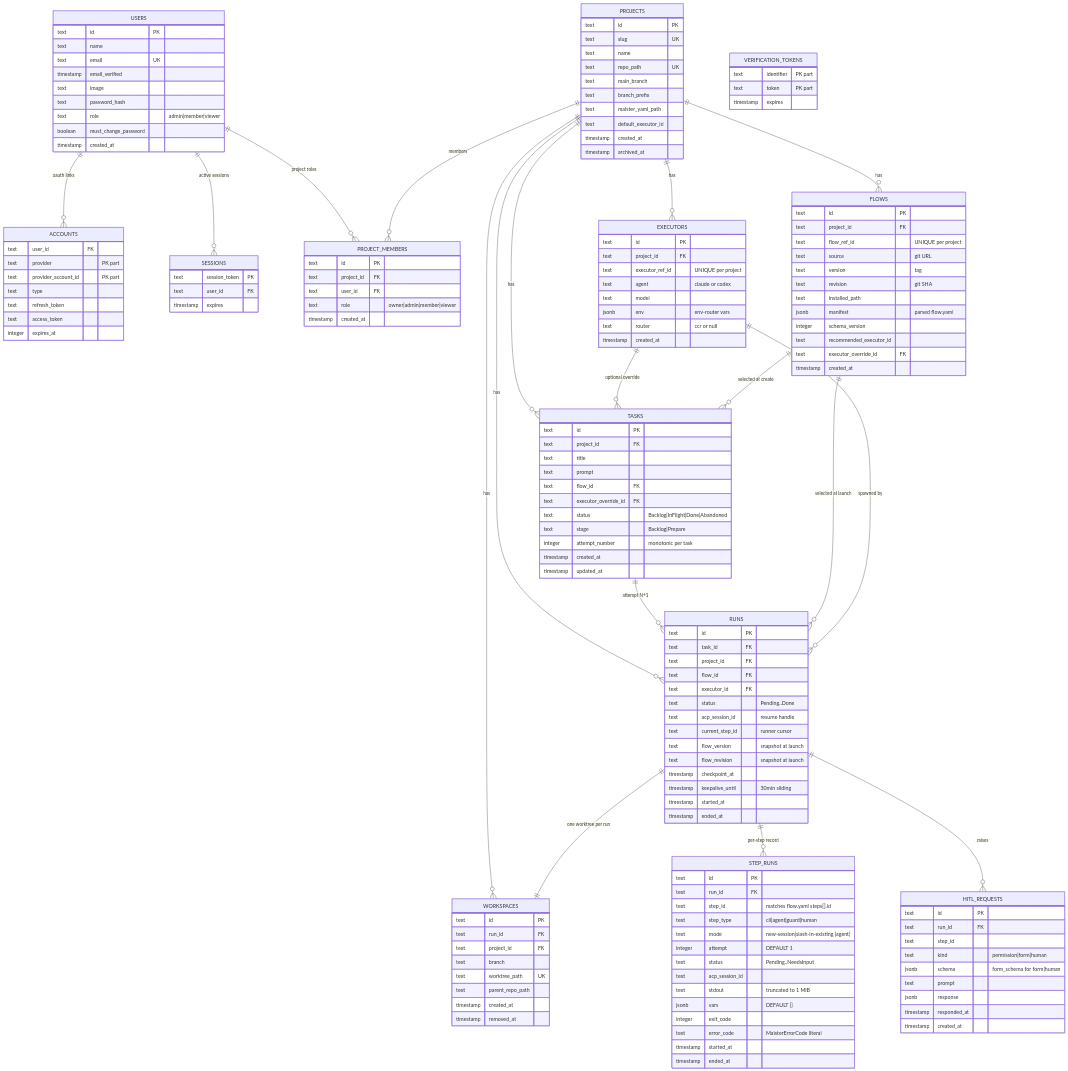
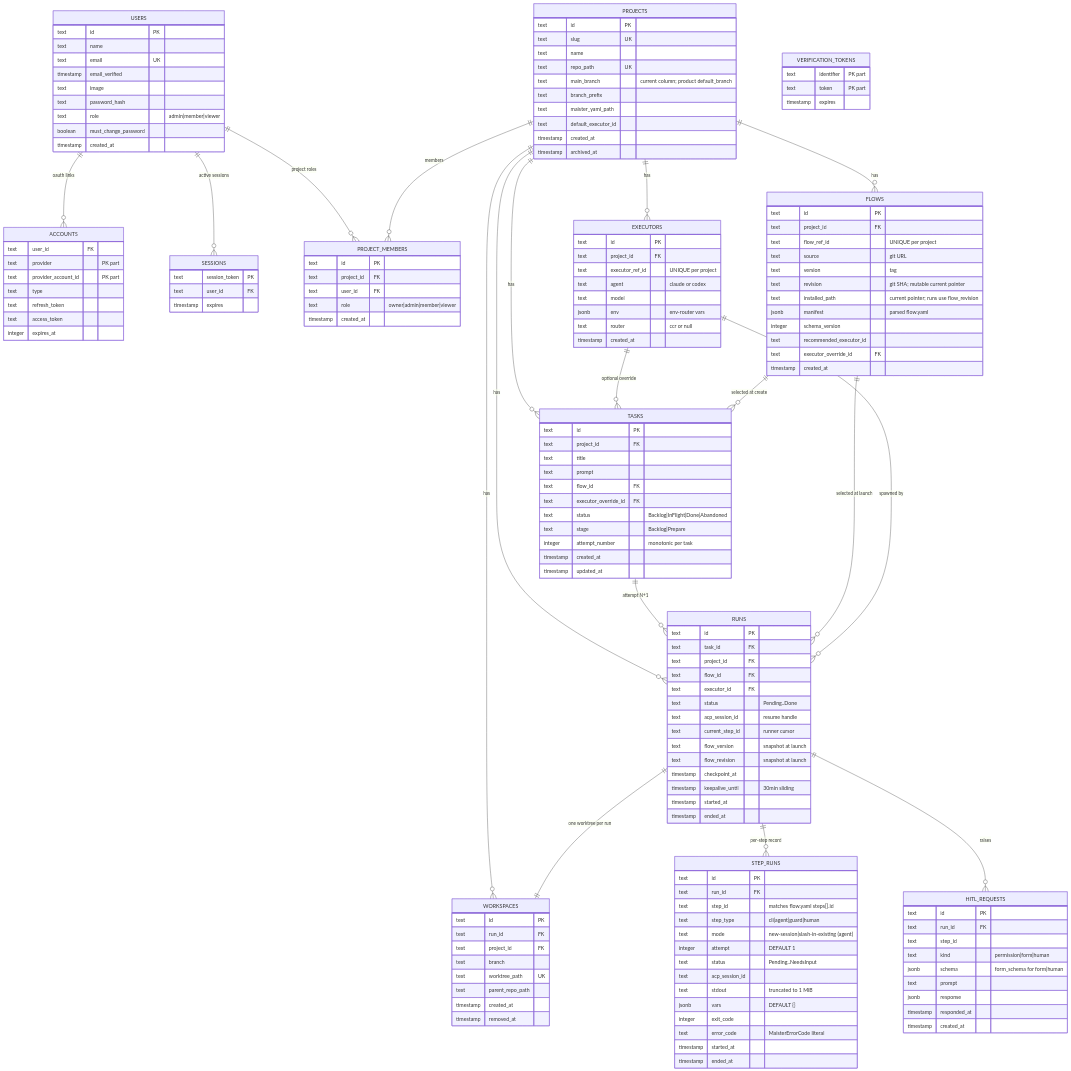
One commit to maister-dev/maister changed the diagram in docs/db/erd.md. Above: the diagram before and after it, drawn with Mermaid. The commit also changed other lines of this file and 24 other files, not shown here.

Commit message:
docs: align roadmap with flow readiness

```diff
--- a/docs/db/erd.md
+++ b/docs/db/erd.md
@@ -76,7 +76,7 @@
         text slug UK
         text name
         text repo_path UK
-        text main_branch
+        text main_branch "current column; product default_branch"
         text branch_prefix
         text maister_yaml_path
         text default_executor_id
@@ -101,8 +101,8 @@
         text flow_ref_id "UNIQUE per project"
         text source "git URL"
         text version "tag"
-        text revision "git SHA"
-        text installed_path
+        text revision "git SHA; mutable current pointer"
+        text installed_path "current pointer; runs use flow_revision"
         jsonb manifest "parsed flow.yaml"
         integer schema_version
         text recommended_executor_id
```
